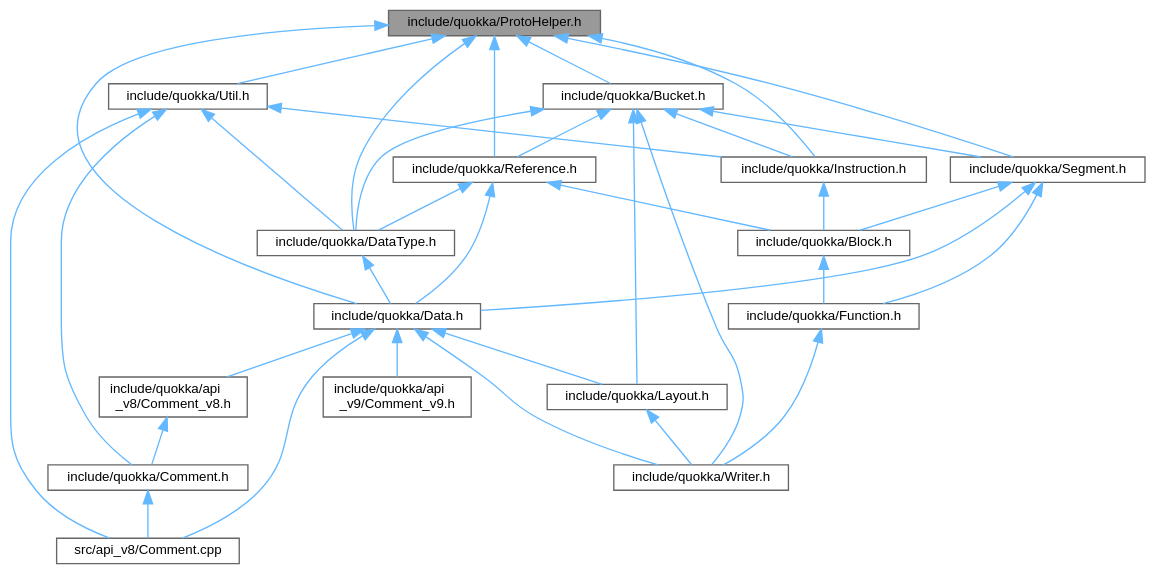
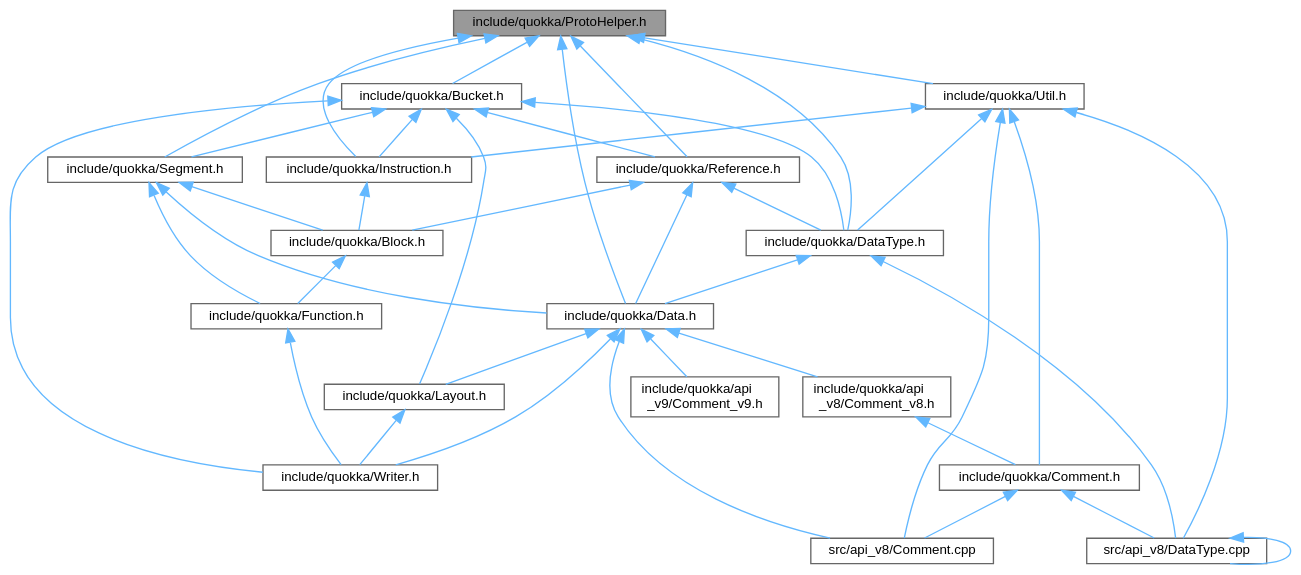
Before and after one commit to quarkslab/quokka: the diagram in reference/cpp/ProtoHelper_8h__dep__incl.dot, drawn with Graphviz. The commit also changed 149 other files, not shown here.

```diff
--- a/reference/cpp/ProtoHelper_8h__dep__incl.dot
+++ b/reference/cpp/ProtoHelper_8h__dep__incl.dot
@@ -1,58 +1,63 @@
 digraph "include/quokka/ProtoHelper.h"
 {
  // LATEX_PDF_SIZE
   bgcolor="transparent";
   edge [fontname=Helvetica,fontsize=10,labelfontname=Helvetica,labelfontsize=10];
   node [fontname=Helvetica,fontsize=10,shape=box,height=0.2,width=0.4];
   Node1 [id="Node000001",label="include/quokka/ProtoHelper.h",height=0.2,width=0.4,color="gray40", fillcolor="grey60", style="filled", fontcolor="black",tooltip=" "];
   Node1 -> Node2 [id="edge1_Node000001_Node000002",dir="back",color="steelblue1",style="solid",tooltip=" "];
   Node2 [id="Node000002",label="include/quokka/Bucket.h",height=0.2,width=0.4,color="grey40", fillcolor="white", style="filled",URL="$Bucket_8h.html",tooltip=" "];
   Node2 -> Node3 [id="edge2_Node000002_Node000003",dir="back",color="steelblue1",style="solid",tooltip=" "];
   Node3 [id="Node000003",label="include/quokka/DataType.h",height=0.2,width=0.4,color="grey40", fillcolor="white", style="filled",URL="$DataType_8h.html",tooltip=" "];
   Node3 -> Node4 [id="edge3_Node000003_Node000004",dir="back",color="steelblue1",style="solid",tooltip=" "];
   Node4 [id="Node000004",label="include/quokka/Data.h",height=0.2,width=0.4,color="grey40", fillcolor="white", style="filled",URL="$Data_8h.html",tooltip=" "];
   Node4 -> Node5 [id="edge4_Node000004_Node000005",dir="back",color="steelblue1",style="solid",tooltip=" "];
   Node5 [id="Node000005",label="include/quokka/Layout.h",height=0.2,width=0.4,color="grey40", fillcolor="white", style="filled",URL="$Layout_8h.html",tooltip=" "];
   Node5 -> Node6 [id="edge5_Node000005_Node000006",dir="back",color="steelblue1",style="solid",tooltip=" "];
   Node6 [id="Node000006",label="include/quokka/Writer.h",height=0.2,width=0.4,color="grey40", fillcolor="white", style="filled",URL="$Writer_8h.html",tooltip=" "];
   Node4 -> Node6 [id="edge6_Node000004_Node000006",dir="back",color="steelblue1",style="solid",tooltip=" "];
   Node4 -> Node7 [id="edge7_Node000004_Node000007",dir="back",color="steelblue1",style="solid",tooltip=" "];
   Node7 [id="Node000007",label="include/quokka/api\l_v8/Comment_v8.h",height=0.2,width=0.4,color="grey40", fillcolor="white", style="filled",URL="$Comment__v8_8h.html",tooltip=" "];
   Node7 -> Node8 [id="edge8_Node000007_Node000008",dir="back",color="steelblue1",style="solid",tooltip=" "];
   Node8 [id="Node000008",label="include/quokka/Comment.h",height=0.2,width=0.4,color="grey40", fillcolor="white", style="filled",URL="$Comment_8h.html",tooltip=" "];
   Node8 -> Node9 [id="edge9_Node000008_Node000009",dir="back",color="steelblue1",style="solid",tooltip=" "];
   Node9 [id="Node000009",label="src/api_v8/Comment.cpp",height=0.2,width=0.4,color="grey40", fillcolor="white", style="filled",URL="$api__v8_2Comment_8cpp_source.html",tooltip=" "];
-  Node4 -> Node10 [id="edge10_Node000004_Node000010",dir="back",color="steelblue1",style="solid",tooltip=" "];
-  Node10 [id="Node000010",label="include/quokka/api\l_v9/Comment_v9.h",height=0.2,width=0.4,color="grey40", fillcolor="white", style="filled",URL="$Comment__v9_8h.html",tooltip=" "];
-  Node4 -> Node9 [id="edge11_Node000004_Node000009",dir="back",color="steelblue1",style="solid",tooltip=" "];
-  Node2 -> Node11 [id="edge12_Node000002_Node000011",dir="back",color="steelblue1",style="solid",tooltip=" "];
-  Node11 [id="Node000011",label="include/quokka/Instruction.h",height=0.2,width=0.4,color="grey40", fillcolor="white", style="filled",URL="$Instruction_8h.html",tooltip=" "];
-  Node11 -> Node12 [id="edge13_Node000011_Node000012",dir="back",color="steelblue1",style="solid",tooltip=" "];
-  Node12 [id="Node000012",label="include/quokka/Block.h",height=0.2,width=0.4,color="grey40", fillcolor="white", style="filled",URL="$Block_8h.html",tooltip=" "];
-  Node12 -> Node13 [id="edge14_Node000012_Node000013",dir="back",color="steelblue1",style="solid",tooltip=" "];
-  Node13 [id="Node000013",label="include/quokka/Function.h",height=0.2,width=0.4,color="grey40", fillcolor="white", style="filled",URL="$Function_8h.html",tooltip=" "];
-  Node13 -> Node6 [id="edge15_Node000013_Node000006",dir="back",color="steelblue1",style="solid",tooltip=" "];
-  Node2 -> Node5 [id="edge16_Node000002_Node000005",dir="back",color="steelblue1",style="solid",tooltip=" "];
-  Node2 -> Node14 [id="edge17_Node000002_Node000014",dir="back",color="steelblue1",style="solid",tooltip=" "];
-  Node14 [id="Node000014",label="include/quokka/Reference.h",height=0.2,width=0.4,color="grey40", fillcolor="white", style="filled",URL="$Reference_8h.html",tooltip=" "];
-  Node14 -> Node12 [id="edge18_Node000014_Node000012",dir="back",color="steelblue1",style="solid",tooltip=" "];
-  Node14 -> Node4 [id="edge19_Node000014_Node000004",dir="back",color="steelblue1",style="solid",tooltip=" "];
-  Node14 -> Node3 [id="edge20_Node000014_Node000003",dir="back",color="steelblue1",style="solid",tooltip=" "];
-  Node2 -> Node15 [id="edge21_Node000002_Node000015",dir="back",color="steelblue1",style="solid",tooltip=" "];
-  Node15 [id="Node000015",label="include/quokka/Segment.h",height=0.2,width=0.4,color="grey40", fillcolor="white", style="filled",URL="$Segment_8h.html",tooltip=" "];
-  Node15 -> Node12 [id="edge22_Node000015_Node000012",dir="back",color="steelblue1",style="solid",tooltip=" "];
-  Node15 -> Node4 [id="edge23_Node000015_Node000004",dir="back",color="steelblue1",style="solid",tooltip=" "];
-  Node15 -> Node13 [id="edge24_Node000015_Node000013",dir="back",color="steelblue1",style="solid",tooltip=" "];
-  Node2 -> Node6 [id="edge25_Node000002_Node000006",dir="back",color="steelblue1",style="solid",tooltip=" "];
-  Node1 -> Node4 [id="edge26_Node000001_Node000004",dir="back",color="steelblue1",style="solid",tooltip=" "];
-  Node1 -> Node3 [id="edge27_Node000001_Node000003",dir="back",color="steelblue1",style="solid",tooltip=" "];
-  Node1 -> Node11 [id="edge28_Node000001_Node000011",dir="back",color="steelblue1",style="solid",tooltip=" "];
-  Node1 -> Node14 [id="edge29_Node000001_Node000014",dir="back",color="steelblue1",style="solid",tooltip=" "];
-  Node1 -> Node15 [id="edge30_Node000001_Node000015",dir="back",color="steelblue1",style="solid",tooltip=" "];
-  Node1 -> Node16 [id="edge31_Node000001_Node000016",dir="back",color="steelblue1",style="solid",tooltip=" "];
-  Node16 [id="Node000016",label="include/quokka/Util.h",height=0.2,width=0.4,color="grey40", fillcolor="white", style="filled",URL="$Util_8h.html",tooltip=" "];
-  Node16 -> Node8 [id="edge32_Node000016_Node000008",dir="back",color="steelblue1",style="solid",tooltip=" "];
-  Node16 -> Node3 [id="edge33_Node000016_Node000003",dir="back",color="steelblue1",style="solid",tooltip=" "];
-  Node16 -> Node11 [id="edge34_Node000016_Node000011",dir="back",color="steelblue1",style="solid",tooltip=" "];
-  Node16 -> Node9 [id="edge35_Node000016_Node000009",dir="back",color="steelblue1",style="solid",tooltip=" "];
+  Node8 -> Node10 [id="edge10_Node000008_Node000010",dir="back",color="steelblue1",style="solid",tooltip=" "];
+  Node10 [id="Node000010",label="src/api_v8/DataType.cpp",height=0.2,width=0.4,color="grey40", fillcolor="white", style="filled",URL="$api__v8_2DataType_8cpp_source.html",tooltip=" "];
+  Node10 -> Node10 [id="edge11_Node000010_Node000010",dir="back",color="steelblue1",style="solid",tooltip=" "];
+  Node4 -> Node11 [id="edge12_Node000004_Node000011",dir="back",color="steelblue1",style="solid",tooltip=" "];
+  Node11 [id="Node000011",label="include/quokka/api\l_v9/Comment_v9.h",height=0.2,width=0.4,color="grey40", fillcolor="white", style="filled",URL="$Comment__v9_8h.html",tooltip=" "];
+  Node4 -> Node9 [id="edge13_Node000004_Node000009",dir="back",color="steelblue1",style="solid",tooltip=" "];
+  Node3 -> Node10 [id="edge14_Node000003_Node000010",dir="back",color="steelblue1",style="solid",tooltip=" "];
+  Node2 -> Node12 [id="edge15_Node000002_Node000012",dir="back",color="steelblue1",style="solid",tooltip=" "];
+  Node12 [id="Node000012",label="include/quokka/Instruction.h",height=0.2,width=0.4,color="grey40", fillcolor="white", style="filled",URL="$Instruction_8h.html",tooltip=" "];
+  Node12 -> Node13 [id="edge16_Node000012_Node000013",dir="back",color="steelblue1",style="solid",tooltip=" "];
+  Node13 [id="Node000013",label="include/quokka/Block.h",height=0.2,width=0.4,color="grey40", fillcolor="white", style="filled",URL="$Block_8h.html",tooltip=" "];
+  Node13 -> Node14 [id="edge17_Node000013_Node000014",dir="back",color="steelblue1",style="solid",tooltip=" "];
+  Node14 [id="Node000014",label="include/quokka/Function.h",height=0.2,width=0.4,color="grey40", fillcolor="white", style="filled",URL="$Function_8h.html",tooltip=" "];
+  Node14 -> Node6 [id="edge18_Node000014_Node000006",dir="back",color="steelblue1",style="solid",tooltip=" "];
+  Node2 -> Node5 [id="edge19_Node000002_Node000005",dir="back",color="steelblue1",style="solid",tooltip=" "];
+  Node2 -> Node15 [id="edge20_Node000002_Node000015",dir="back",color="steelblue1",style="solid",tooltip=" "];
+  Node15 [id="Node000015",label="include/quokka/Reference.h",height=0.2,width=0.4,color="grey40", fillcolor="white", style="filled",URL="$Reference_8h.html",tooltip=" "];
+  Node15 -> Node13 [id="edge21_Node000015_Node000013",dir="back",color="steelblue1",style="solid",tooltip=" "];
+  Node15 -> Node4 [id="edge22_Node000015_Node000004",dir="back",color="steelblue1",style="solid",tooltip=" "];
+  Node15 -> Node3 [id="edge23_Node000015_Node000003",dir="back",color="steelblue1",style="solid",tooltip=" "];
+  Node2 -> Node16 [id="edge24_Node000002_Node000016",dir="back",color="steelblue1",style="solid",tooltip=" "];
+  Node16 [id="Node000016",label="include/quokka/Segment.h",height=0.2,width=0.4,color="grey40", fillcolor="white", style="filled",URL="$Segment_8h.html",tooltip=" "];
+  Node16 -> Node13 [id="edge25_Node000016_Node000013",dir="back",color="steelblue1",style="solid",tooltip=" "];
+  Node16 -> Node4 [id="edge26_Node000016_Node000004",dir="back",color="steelblue1",style="solid",tooltip=" "];
+  Node16 -> Node14 [id="edge27_Node000016_Node000014",dir="back",color="steelblue1",style="solid",tooltip=" "];
+  Node2 -> Node6 [id="edge28_Node000002_Node000006",dir="back",color="steelblue1",style="solid",tooltip=" "];
+  Node1 -> Node4 [id="edge29_Node000001_Node000004",dir="back",color="steelblue1",style="solid",tooltip=" "];
+  Node1 -> Node3 [id="edge30_Node000001_Node000003",dir="back",color="steelblue1",style="solid",tooltip=" "];
+  Node1 -> Node12 [id="edge31_Node000001_Node000012",dir="back",color="steelblue1",style="solid",tooltip=" "];
+  Node1 -> Node15 [id="edge32_Node000001_Node000015",dir="back",color="steelblue1",style="solid",tooltip=" "];
+  Node1 -> Node16 [id="edge33_Node000001_Node000016",dir="back",color="steelblue1",style="solid",tooltip=" "];
+  Node1 -> Node17 [id="edge34_Node000001_Node000017",dir="back",color="steelblue1",style="solid",tooltip=" "];
+  Node17 [id="Node000017",label="include/quokka/Util.h",height=0.2,width=0.4,color="grey40", fillcolor="white", style="filled",URL="$Util_8h.html",tooltip=" "];
+  Node17 -> Node8 [id="edge35_Node000017_Node000008",dir="back",color="steelblue1",style="solid",tooltip=" "];
+  Node17 -> Node3 [id="edge36_Node000017_Node000003",dir="back",color="steelblue1",style="solid",tooltip=" "];
+  Node17 -> Node12 [id="edge37_Node000017_Node000012",dir="back",color="steelblue1",style="solid",tooltip=" "];
+  Node17 -> Node9 [id="edge38_Node000017_Node000009",dir="back",color="steelblue1",style="solid",tooltip=" "];
+  Node17 -> Node10 [id="edge39_Node000017_Node000010",dir="back",color="steelblue1",style="solid",tooltip=" "];
 }
```
